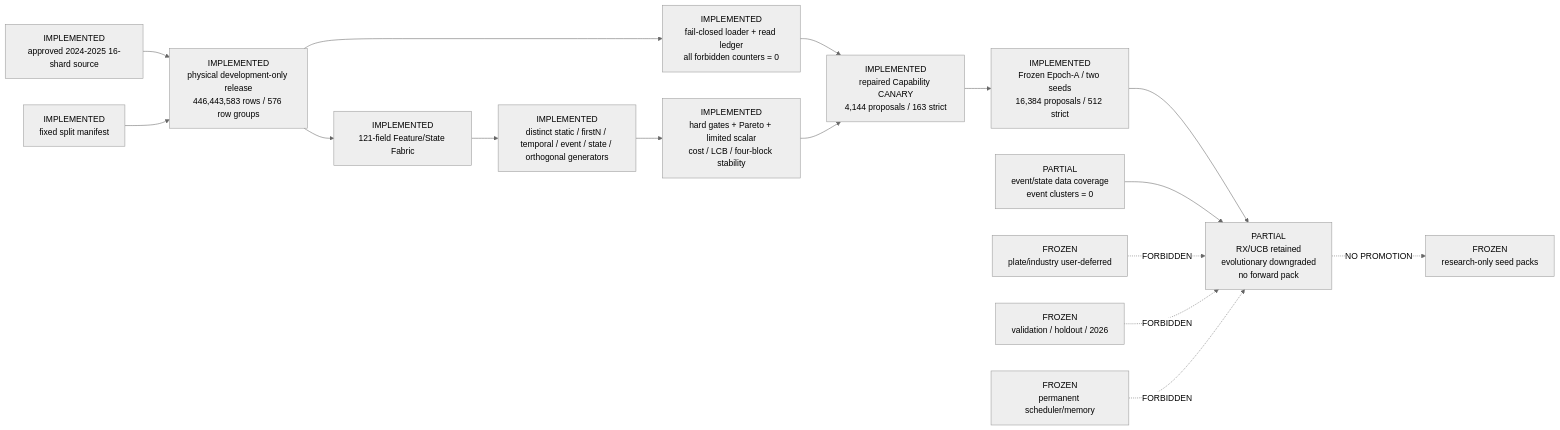
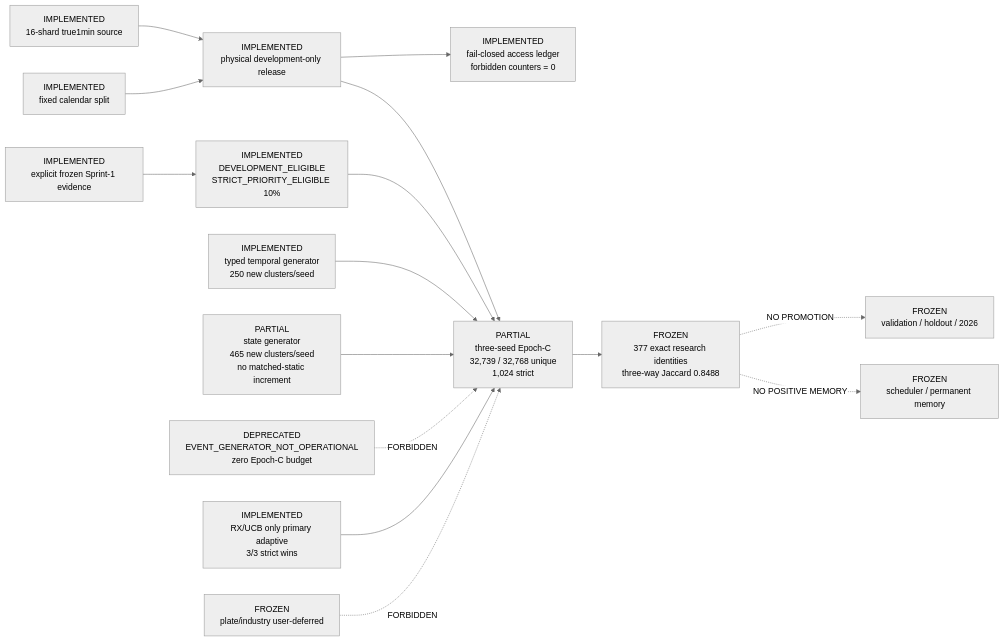
One commit to weisssschnee/alpha-pit-engine-v2 changed the diagram in .planning/graphs/CURRENT_ARCHITECTURE.md. Above: the diagram before and after it, drawn with Mermaid (neutral theme). The commit also changed other lines of this file and 18 other files, not shown here.

Commit message:
Close Sprint-2 search selection research

````diff
--- a/.planning/graphs/CURRENT_ARCHITECTURE.md
+++ b/.planning/graphs/CURRENT_ARCHITECTURE.md
@@ -14,19 +14,19 @@
 ```mermaid
 flowchart LR
-    SRC["IMPLEMENTED<br/>approved 2024-2025 16-shard source"] --> DEV["IMPLEMENTED<br/>physical development-only release<br/>446,443,583 rows / 576 row groups"]
-    SPLIT["IMPLEMENTED<br/>fixed split manifest"] --> DEV
-    DEV --> LEDGER["IMPLEMENTED<br/>fail-closed loader + read ledger<br/>all forbidden counters = 0"]
-    DEV --> FABRIC["IMPLEMENTED<br/>121-field Feature/State Fabric"]
-    FABRIC --> GEN["IMPLEMENTED<br/>distinct static / firstN / temporal / event / state / orthogonal generators"]
-    GEN --> OBJ["IMPLEMENTED<br/>hard gates + Pareto + limited scalar<br/>cost / LCB / four-block stability"]
-    LEDGER --> CAP["IMPLEMENTED<br/>repaired Capability CANARY<br/>4,144 proposals / 163 strict"]
-    OBJ --> CAP
-    CAP --> EPOCHA["IMPLEMENTED<br/>Frozen Epoch-A / two seeds<br/>16,384 proposals / 512 strict"]
-    EPOCHA --> RESULT["PARTIAL<br/>RX/UCB retained<br/>evolutionary downgraded<br/>no forward pack"]
+    DATA["IMPLEMENTED<br/>16-shard true1min source"] --> DEV["IMPLEMENTED<br/>physical development-only release"]
+    SPLIT["IMPLEMENTED<br/>fixed calendar split"] --> DEV
+    DEV --> LEDGER["IMPLEMENTED<br/>fail-closed access ledger<br/>forbidden counters = 0"]
+    DEV --> EPOCHC["PARTIAL<br/>three-seed Epoch-C<br/>32,739 / 32,768 unique<br/>1,024 strict"]
 
-    EVENT["PARTIAL<br/>event/state data coverage<br/>event clusters = 0"] --> RESULT
-    PLATE["FROZEN<br/>plate/industry user-deferred"] -. "FORBIDDEN" .-> RESULT
-    FWD["FROZEN<br/>validation / holdout / 2026"] -. "FORBIDDEN" .-> RESULT
-    MEMORY["FROZEN<br/>permanent scheduler/memory"] -. "FORBIDDEN" .-> RESULT
-    RESULT -. "NO PROMOTION" .-> PACK["FROZEN<br/>research-only seed packs"]
+    EVIDENCE["IMPLEMENTED<br/>explicit frozen Sprint-1 evidence"] --> SELECTOR["IMPLEMENTED<br/>DEVELOPMENT_ELIGIBLE<br/>STRICT_PRIORITY_ELIGIBLE 10%"]
+    SELECTOR --> EPOCHC
+    TEMPORAL["IMPLEMENTED<br/>typed temporal generator<br/>250 new clusters/seed"] --> EPOCHC
+    STATE["PARTIAL<br/>state generator<br/>465 new clusters/seed<br/>no matched-static increment"] --> EPOCHC
+    EVENT["DEPRECATED<br/>EVENT_GENERATOR_NOT_OPERATIONAL<br/>zero Epoch-C budget"] -. "FORBIDDEN" .-> EPOCHC
+    RX["IMPLEMENTED<br/>RX/UCB only primary adaptive<br/>3/3 strict wins"] --> EPOCHC
+
+    EPOCHC --> PACK["FROZEN<br/>377 exact research identities<br/>three-way Jaccard 0.8488"]
+    PACK -. "NO PROMOTION" .-> SEALED["FROZEN<br/>validation / holdout / 2026"]
+    PACK -. "NO POSITIVE MEMORY" .-> MEMORY["FROZEN<br/>scheduler / permanent memory"]
+    PLATE["FROZEN<br/>plate/industry user-deferred"] -. "FORBIDDEN" .-> EPOCHC
 ```
````
